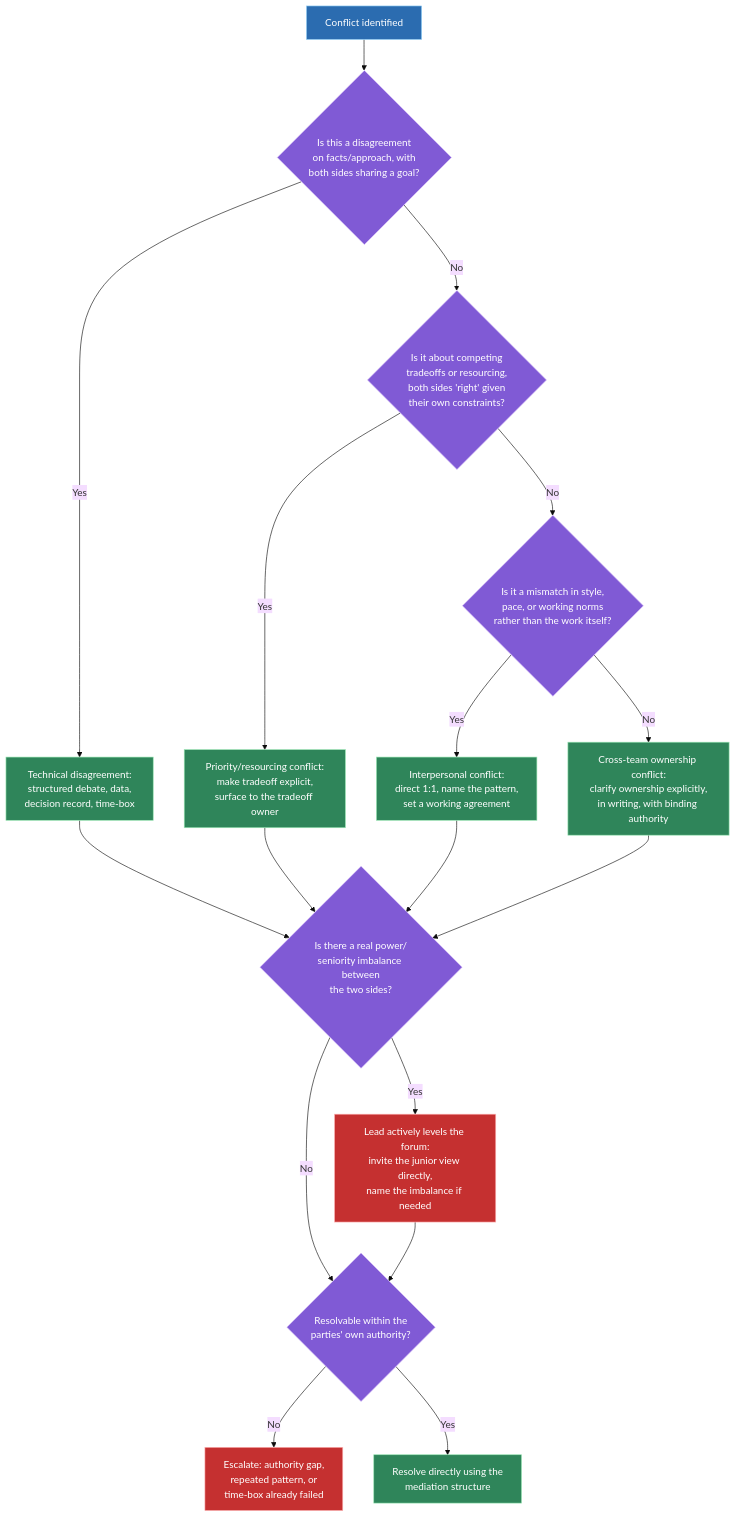
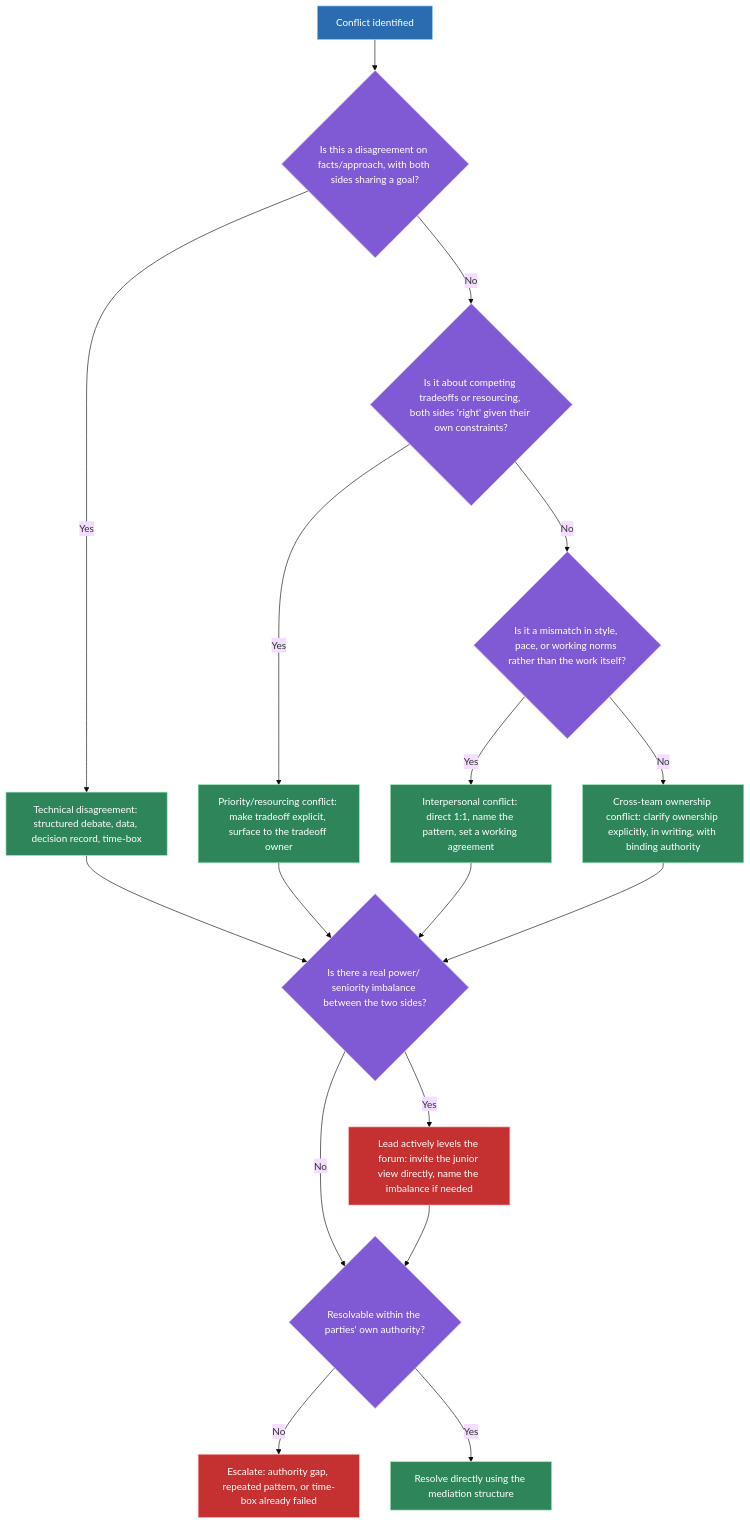
Before and after one commit to vinayakhumberi/litmus: the first of 2 diagrams in data/topics/conflict-resolution.md, drawn with Mermaid (base theme). The commit also changed other lines of this file and 68 other files, not shown here.

````diff
--- a/data/topics/conflict-resolution.md
+++ b/data/topics/conflict-resolution.md
@@ -103,30 +103,30 @@
 ```mermaid
 graph TD
-    A["Conflict identified"] --> B{"Is this a disagreement<br>on facts/approach, with<br>both sides sharing a goal?"}
-    B -- "Yes" --> C["Technical disagreement:<br>structured debate, data,<br>decision record, time-box"]
-    B -- "No" --> D{"Is it about competing<br>tradeoffs or resourcing,<br>both sides 'right' given<br>their own constraints?"}
-    D -- "Yes" --> E["Priority/resourcing conflict:<br>make tradeoff explicit,<br>surface to the tradeoff owner"]
-    D -- "No" --> F{"Is it a mismatch in style,<br>pace, or working norms<br>rather than the work itself?"}
-    F -- "Yes" --> G["Interpersonal conflict:<br>direct 1:1, name the pattern,<br>set a working agreement"]
-    F -- "No" --> H["Cross-team ownership conflict:<br>clarify ownership explicitly,<br>in writing, with binding authority"]
+    A["Conflict identified"] --> B{"Is this a disagreement on facts/approach, with both sides sharing a goal?"}
+    B -- "Yes" --> C["Technical disagreement: structured debate, data, decision record, time-box"]
+    B -- "No" --> D{"Is it about competing tradeoffs or resourcing, both sides 'right' given their own constraints?"}
+    D -- "Yes" --> E["Priority/resourcing conflict: make tradeoff explicit, surface to the tradeoff owner"]
+    D -- "No" --> F{"Is it a mismatch in style, pace, or working norms rather than the work itself?"}
+    F -- "Yes" --> G["Interpersonal conflict: direct 1:1, name the pattern, set a working agreement"]
+    F -- "No" --> H["Cross-team ownership conflict: clarify ownership explicitly, in writing, with binding authority"]
 
-    C --> I{"Is there a real power/<br>seniority imbalance between<br>the two sides?"}
+    C --> I{"Is there a real power/ seniority imbalance between the two sides?"}
     E --> I
     G --> I
     H --> I
-    I -- "Yes" --> J["Lead actively levels the forum:<br>invite the junior view directly,<br>name the imbalance if needed"]
-    I -- "No" --> K{"Resolvable within the<br>parties' own authority?"}
+    I -- "Yes" --> J["Lead actively levels the forum: invite the junior view directly, name the imbalance if needed"]
+    I -- "No" --> K{"Resolvable within the parties' own authority?"}
     J --> K
-    K -- "No" --> L["Escalate: authority gap,<br>repeated pattern, or<br>time-box already failed"]
-    K -- "Yes" --> M["Resolve directly using the<br>mediation structure"]
+    K -- "No" --> L["Escalate: authority gap, repeated pattern, or time-box already failed"]
+    K -- "Yes" --> M["Resolve directly using the mediation structure"]
 
     classDef start fill:#2b6cb0,stroke:#90cdf4,color:#fff
     classDef decision fill:#805ad5,stroke:#d6bcfa,color:#fff
     classDef path fill:#2f855a,stroke:#9ae6b4,color:#fff
     classDef risk fill:#c53030,stroke:#feb2b2,color:#fff
 
     class A start
     class B,D,F,I,K decision
     class C,E,G,H,M path
     class J,L risk
 ```
````
